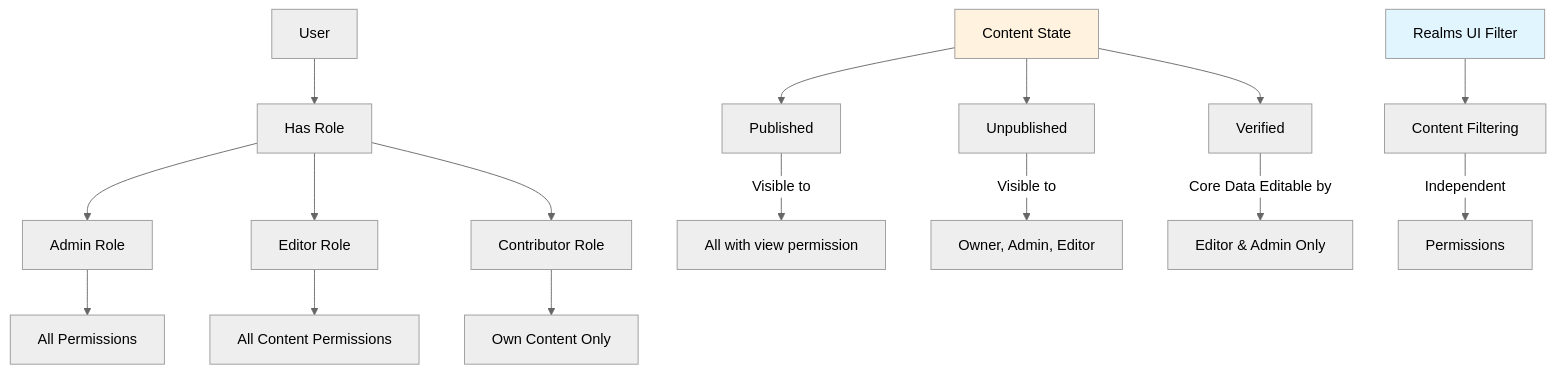
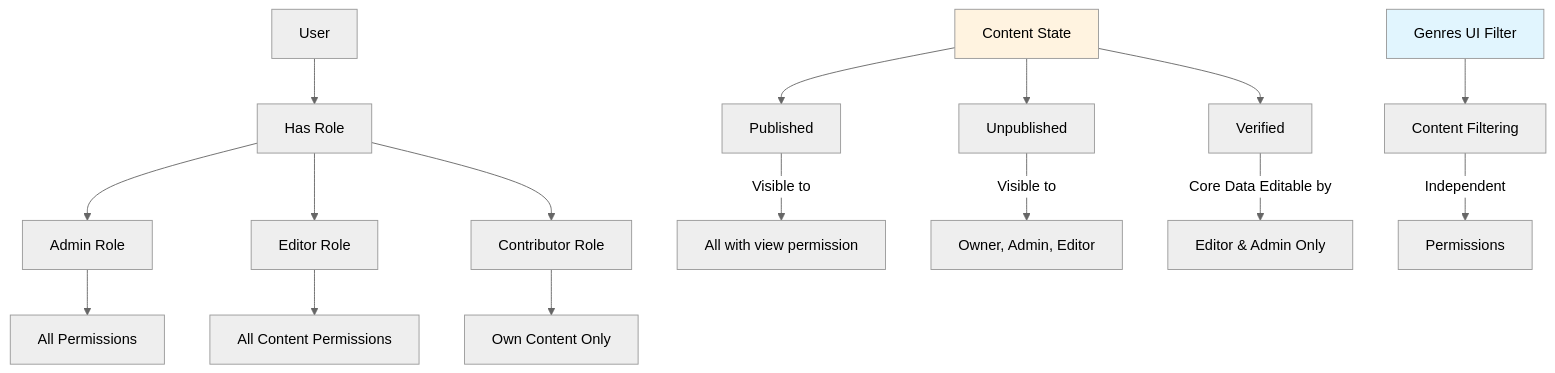
The diagram in plans/final-roles-permissions-design.md (szentjozsefhackathon/cantores), drawn with Mermaid (neutral theme) before and after one commit. The commit also changed other lines of this file and 32 other files, not shown here.

````diff
--- a/plans/final-roles-permissions-design.md
+++ b/plans/final-roles-permissions-design.md
@@ -320,25 +320,25 @@
 ```mermaid
 graph TB
     User[User] --> Role[Has Role]
     Role --> Admin[Admin Role]
     Role --> Editor[Editor Role]
     Role --> Contributor[Contributor Role]
     
     Admin --> AllPermissions[All Permissions]
     Editor --> EditorPermissions[All Content Permissions]
     Contributor --> ContributorPermissions[Own Content Only]
     
     ContentState[Content State] --> Published[Published]
     ContentState --> Unpublished[Unpublished]
     ContentState --> Verified[Verified]
     
     Published -->|Visible to| AllViewers[All with view permission]
     Unpublished -->|Visible to| OwnerAdminEditor[Owner, Admin, Editor]
     Verified -->|Core Data Editable by| EditorAdmin[Editor & Admin Only]
     
-    Realms[Realms UI Filter] --> ContentFiltering[Content Filtering]
+    Genres[Genres UI Filter] --> ContentFiltering[Content Filtering]
     ContentFiltering -->|Independent| Permissions
     
-    style Realms fill:#e1f5fe
+    style Genres fill:#e1f5fe
     style ContentState fill:#fff3e0
 ```
````
